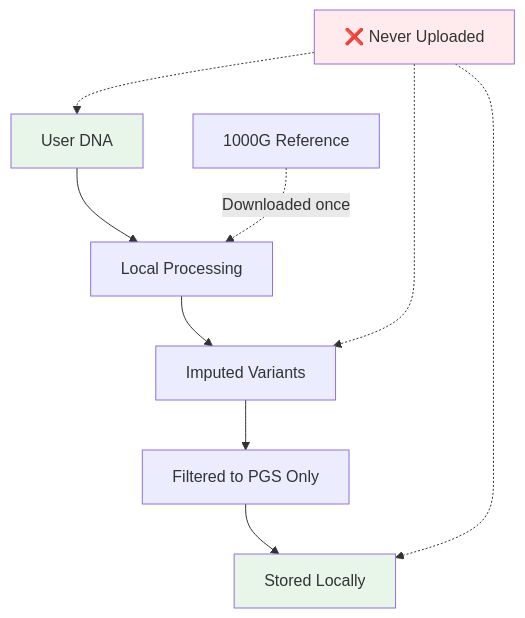
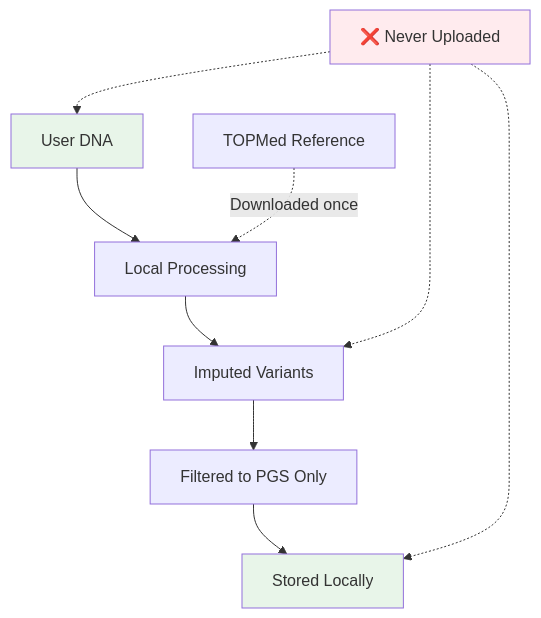
One commit to techninja/asili-lab changed the sixth of 6 diagrams in docs/IMPUTATION_ARCHITECTURE.md. Above: the diagram before and after it, drawn with Mermaid. The commit also changed other lines of this file and 34 other files, not shown here.

````diff
--- a/docs/IMPUTATION_ARCHITECTURE.md
+++ b/docs/IMPUTATION_ARCHITECTURE.md
@@ -232,17 +269,17 @@
 ```mermaid
 graph TD
     A[User DNA] --> B[Local Processing]
     B --> C[Imputed Variants]
     C --> D[Filtered to PGS Only]
     D --> E[Stored Locally]
 
-    F[1000G Reference] -.->|Downloaded once| B
+    F[TOPMed Reference] -.->|Downloaded once| B
 
     G[❌ Never Uploaded] -.-> A
     G -.-> C
     G -.-> E
 
     style A fill:#e8f5e9
     style E fill:#e8f5e9
     style G fill:#ffebee
 ```
````
